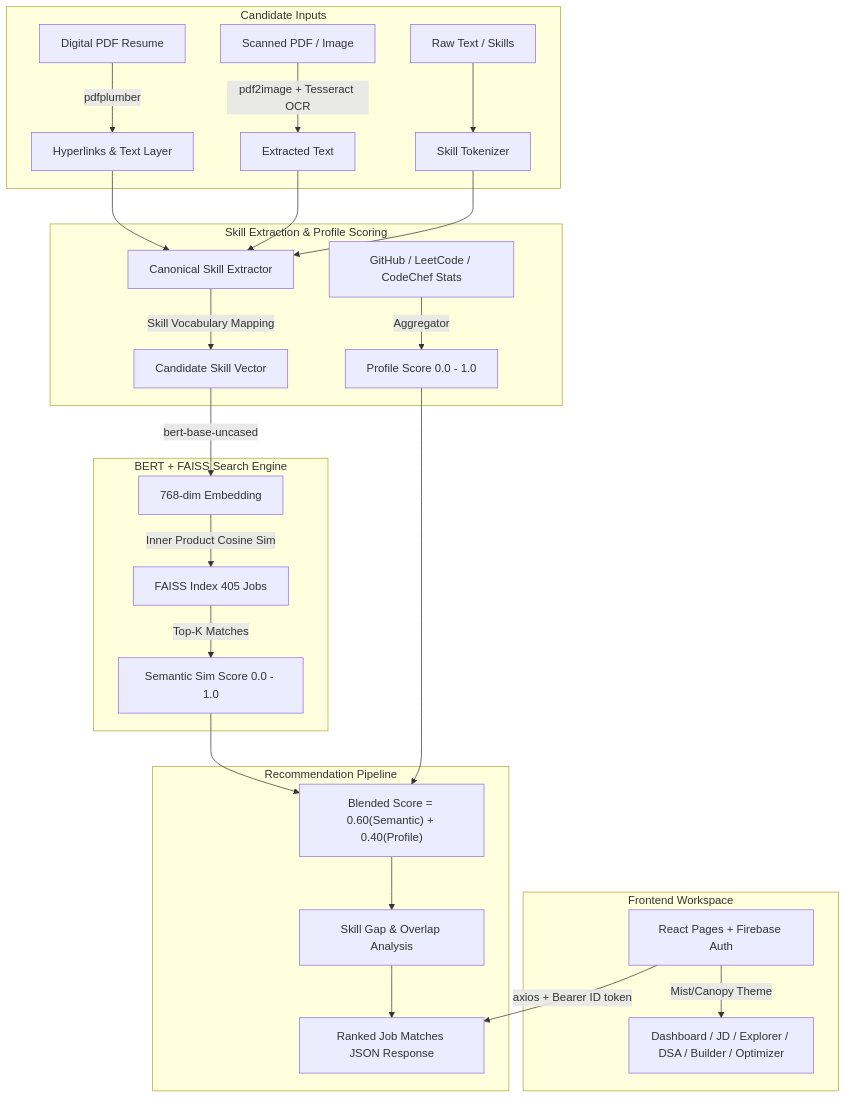
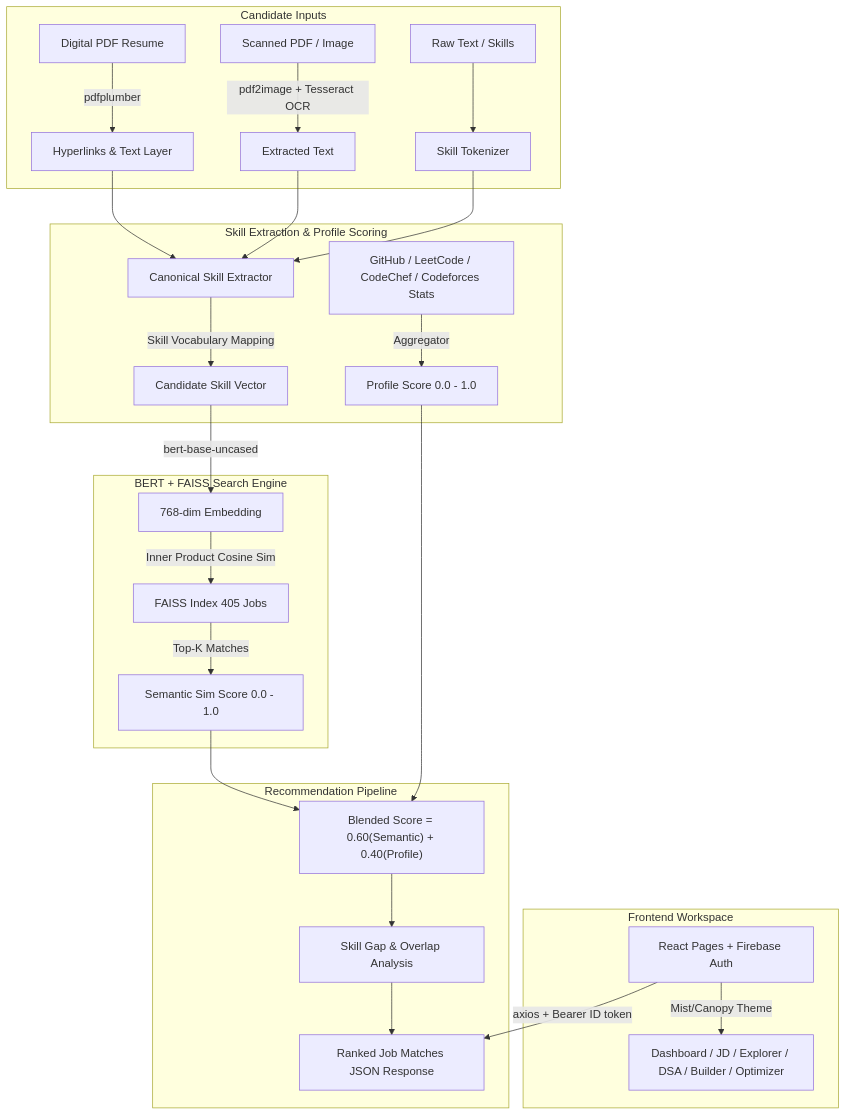
One commit to SoubhLance/Skill-Sync changed the diagram in README.md. Above: the diagram before and after it, drawn with Mermaid. The commit also changed other lines of this file and 15 other files, not shown here.

````diff
--- a/README.md
+++ b/README.md
@@ -84,32 +85,32 @@
 ```mermaid
 flowchart TD
     subgraph Candidate Inputs
         A1[Digital PDF Resume] -->|pdfplumber| B1[Hyperlinks & Text Layer]
         A2[Scanned PDF / Image] -->|pdf2image + Tesseract OCR| B2[Extracted Text]
         A3[Raw Text / Skills] --> B3[Skill Tokenizer]
     end
 
     subgraph Skill Extraction & Profile Scoring
         B1 & B2 & B3 --> C1[Canonical Skill Extractor]
         C1 -->|Skill Vocabulary Mapping| D1[Candidate Skill Vector]
 
-        P1[GitHub / LeetCode / CodeChef Stats] -->|Aggregator| P2[Profile Score 0.0 - 1.0]
+        P1[GitHub / LeetCode / CodeChef / Codeforces Stats] -->|Aggregator| P2[Profile Score 0.0 - 1.0]
     end
 
     subgraph BERT + FAISS Search Engine
         D1 -->|bert-base-uncased| E1[768-dim Embedding]
         E1 -->|Inner Product Cosine Sim| F1[FAISS Index 405 Jobs]
         F1 -->|Top-K Matches| G1[Semantic Sim Score 0.0 - 1.0]
     end
 
     subgraph Recommendation Pipeline
         G1 & P2 --> H1["Blended Score = 0.60(Semantic) + 0.40(Profile)"]
         H1 --> I1[Skill Gap & Overlap Analysis]
         I1 --> J1[Ranked Job Matches JSON Response]
     end
 
     subgraph Frontend Workspace
         U1[React Pages + Firebase Auth] -->|axios + Bearer ID token| J1
         U1 -->|Mist/Canopy Theme| U2[Dashboard / JD / Explorer / DSA / Builder / Optimizer]
     end
 ```
````
